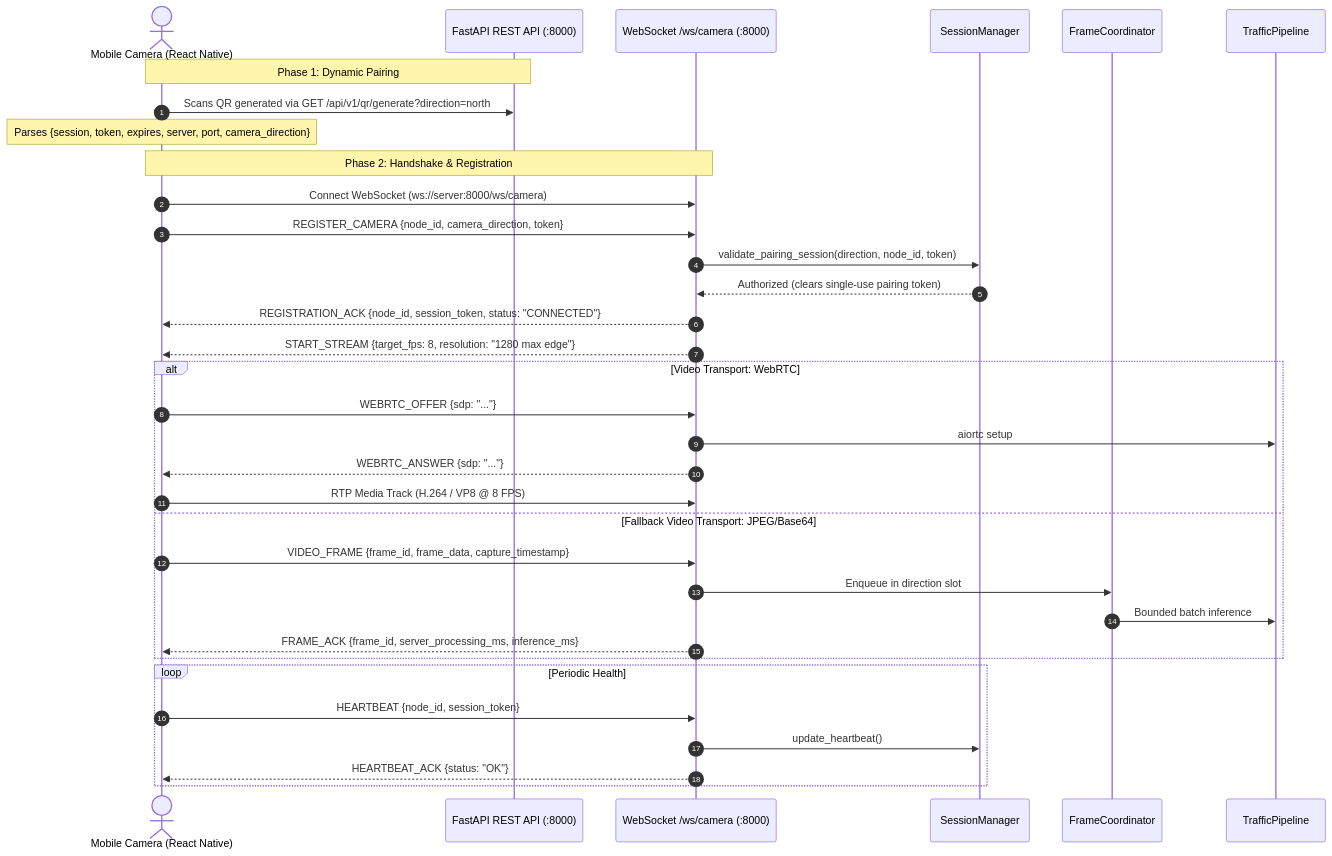
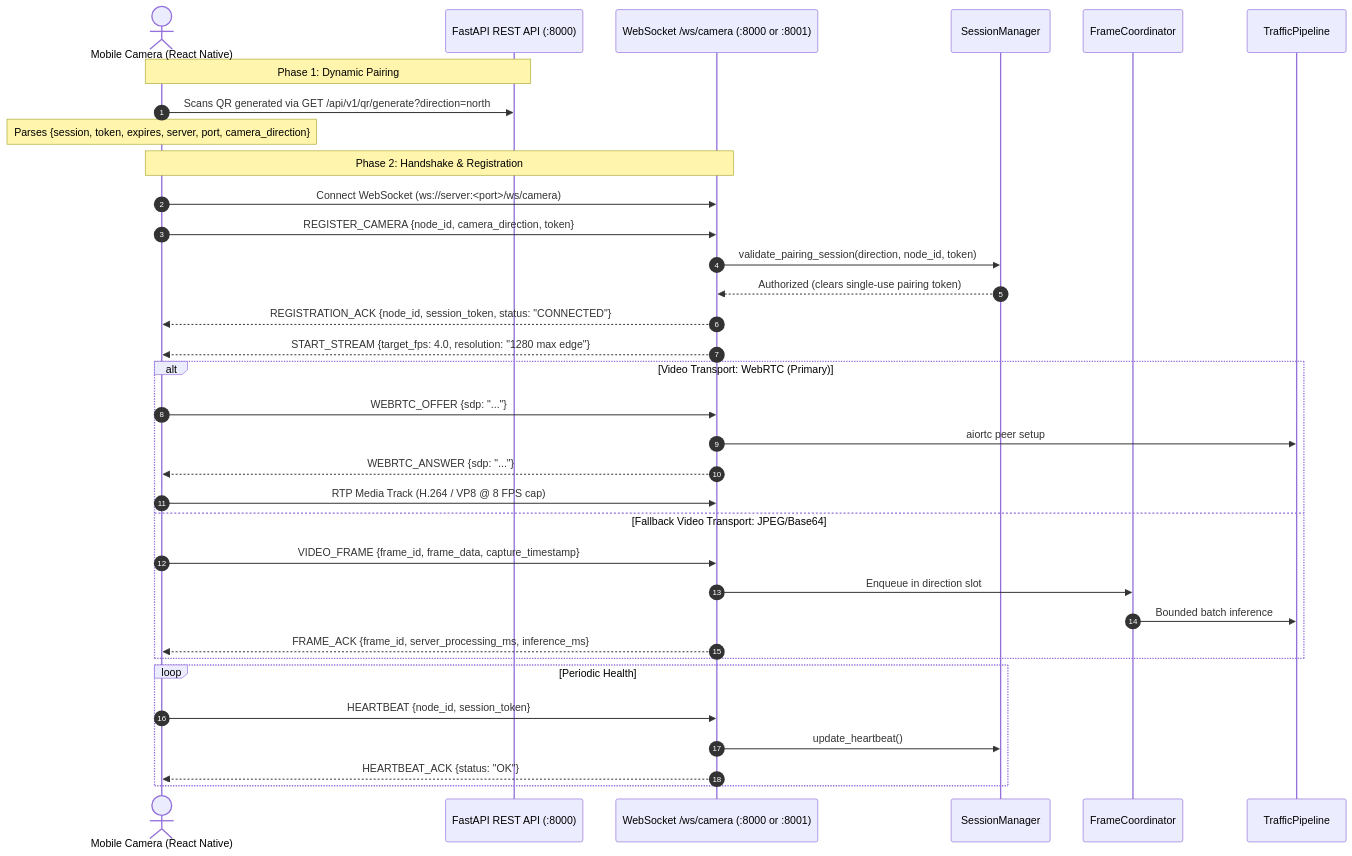
One commit to Abishek-805/Smart-Traffic-Management changed the second of 2 diagrams in docs/API_AUDIT.md. Above: the diagram before and after it, drawn with Mermaid. The commit also changed other lines of this file and 7 other files, not shown here.

````diff
--- a/docs/API_AUDIT.md
+++ b/docs/API_AUDIT.md
@@ -20,40 +47,40 @@
 ```mermaid
 sequenceDiagram
     autonumber
     actor Mobile as Mobile Camera (React Native)
     participant REST as FastAPI REST API (:8000)
-    participant WS as WebSocket /ws/camera (:8000)
+    participant WS as WebSocket /ws/camera (:8000 or :8001)
     participant SM as SessionManager
     participant Coord as FrameCoordinator
     participant Pipe as TrafficPipeline
 
     Note over Mobile,REST: Phase 1: Dynamic Pairing
     Mobile->>REST: Scans QR generated via GET /api/v1/qr/generate?direction=north
     Note over Mobile: Parses {session, token, expires, server, port, camera_direction}
 
     Note over Mobile,WS: Phase 2: Handshake & Registration
-    Mobile->>WS: Connect WebSocket (ws://server:8000/ws/camera)
+    Mobile->>WS: Connect WebSocket (ws://server:<port>/ws/camera)
     Mobile->>WS: REGISTER_CAMERA {node_id, camera_direction, token}
     WS->>SM: validate_pairing_session(direction, node_id, token)
     SM-->>WS: Authorized (clears single-use pairing token)
     WS-->>Mobile: REGISTRATION_ACK {node_id, session_token, status: "CONNECTED"}
-    WS-->>Mobile: START_STREAM {target_fps: 8, resolution: "1280 max edge"}
+    WS-->>Mobile: START_STREAM {target_fps: 4.0, resolution: "1280 max edge"}
 
-    alt Video Transport: WebRTC
+    alt Video Transport: WebRTC (Primary)
         Mobile->>WS: WEBRTC_OFFER {sdp: "..."}
-        WS->>Pipe: aiortc setup
+        WS->>Pipe: aiortc peer setup
         WS-->>Mobile: WEBRTC_ANSWER {sdp: "..."}
-        Mobile->>WS: RTP Media Track (H.264 / VP8 @ 8 FPS)
+        Mobile->>WS: RTP Media Track (H.264 / VP8 @ 8 FPS cap)
     else Fallback Video Transport: JPEG/Base64
         Mobile->>WS: VIDEO_FRAME {frame_id, frame_data, capture_timestamp}
         WS->>Coord: Enqueue in direction slot
         Coord->>Pipe: Bounded batch inference
         WS-->>Mobile: FRAME_ACK {frame_id, server_processing_ms, inference_ms}
     end
 
     loop Periodic Health
         Mobile->>WS: HEARTBEAT {node_id, session_token}
         WS->>SM: update_heartbeat()
         WS-->>Mobile: HEARTBEAT_ACK {status: "OK"}
     end
 ```
````
